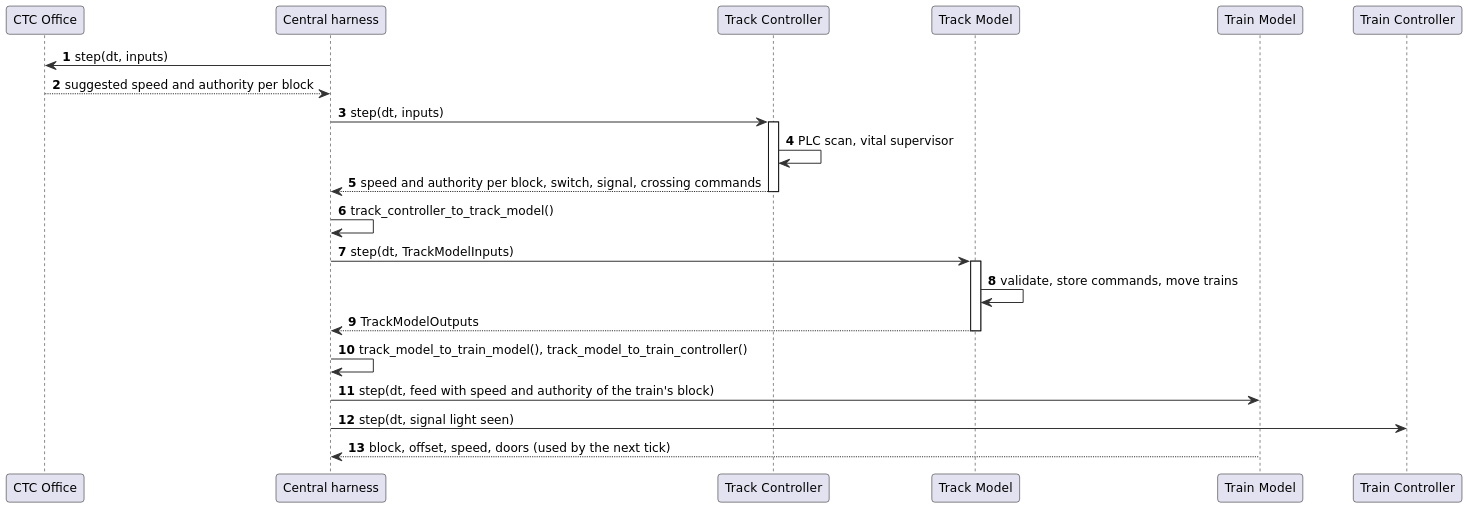
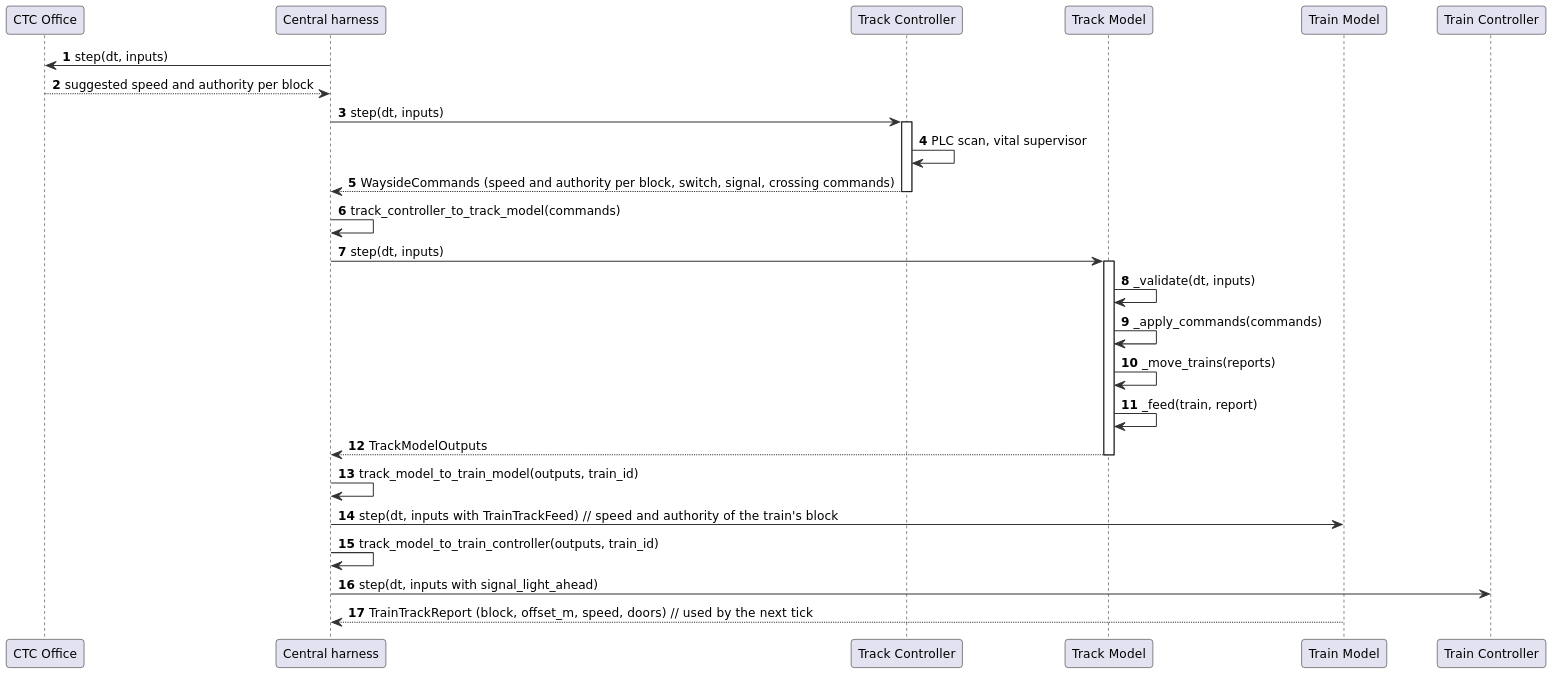
The diagram in documents/uml/track_model/18_seq_authority.puml (Landiss04/Track-Overflow), drawn with PlantUML before and after one commit. The commit also changed 39 other files, not shown here.

First line of the commit message:
Track Model diagrams: sequence messages show the real method calls; use case actors joined by plain lines

```diff
--- a/documents/uml/track_model/18_seq_authority.puml
+++ b/documents/uml/track_model/18_seq_authority.puml
@@ -1,35 +1,39 @@
 @startuml
 skinparam shadowing false
 skinparam dpi 170
 skinparam defaultFontName DejaVu Sans
 skinparam defaultFontSize 12
 skinparam roundCorner 6
 skinparam ArrowColor #333333
 skinparam BackgroundColor white
 skinparam sequenceMessageAlign left
 skinparam ParticipantPadding 20
 autonumber
 participant "CTC Office" as CTC
 participant "Central harness" as H
 participant "Track Controller" as TC
 participant "Track Model" as TM
 participant "Train Model" as TRM
 participant "Train Controller" as TrC
 H -> CTC : step(dt, inputs)
 CTC --> H : suggested speed and authority per block
 H -> TC : step(dt, inputs)
 activate TC
 TC -> TC : PLC scan, vital supervisor
-TC --> H : speed and authority per block, switch, signal, crossing commands
+TC --> H : WaysideCommands (speed and authority per block, switch, signal, crossing commands)
 deactivate TC
-H -> H : track_controller_to_track_model()
-H -> TM : step(dt, TrackModelInputs)
+H -> H : track_controller_to_track_model(commands)
+H -> TM : step(dt, inputs)
 activate TM
-TM -> TM : validate, store commands, move trains
+TM -> TM : _validate(dt, inputs)
+TM -> TM : _apply_commands(commands)
+TM -> TM : _move_trains(reports)
+TM -> TM : _feed(train, report)
 TM --> H : TrackModelOutputs
 deactivate TM
-H -> H : track_model_to_train_model(), track_model_to_train_controller()
-H -> TRM : step(dt, feed with speed and authority of the train's block)
-H -> TrC : step(dt, signal light seen)
-TRM --> H : block, offset, speed, doors (used by the next tick)
+H -> H : track_model_to_train_model(outputs, train_id)
+H -> TRM : step(dt, inputs with TrainTrackFeed)  // speed and authority of the train's block
+H -> H : track_model_to_train_controller(outputs, train_id)
+H -> TrC : step(dt, inputs with signal_light_ahead)
+TRM --> H : TrainTrackReport (block, offset_m, speed, doors)  // used by the next tick
 @enduml
```
